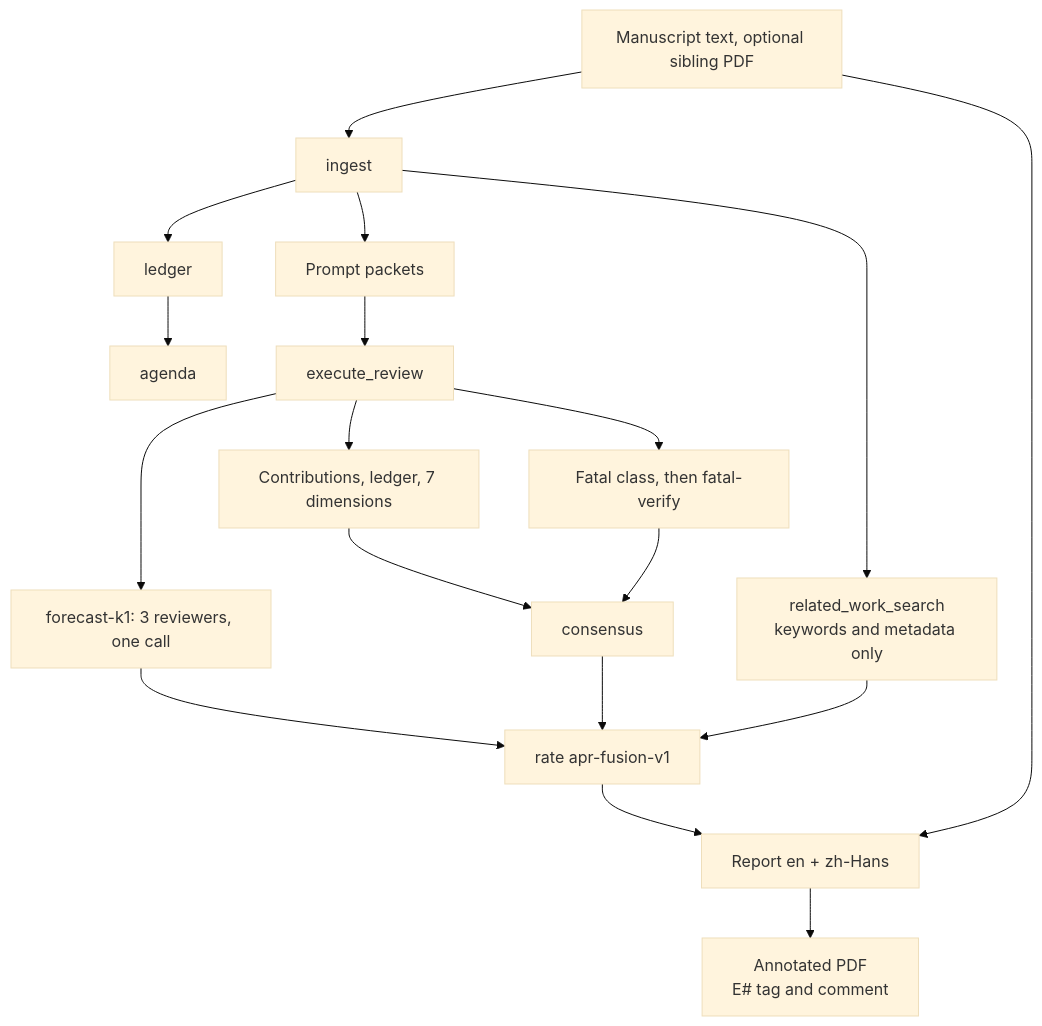
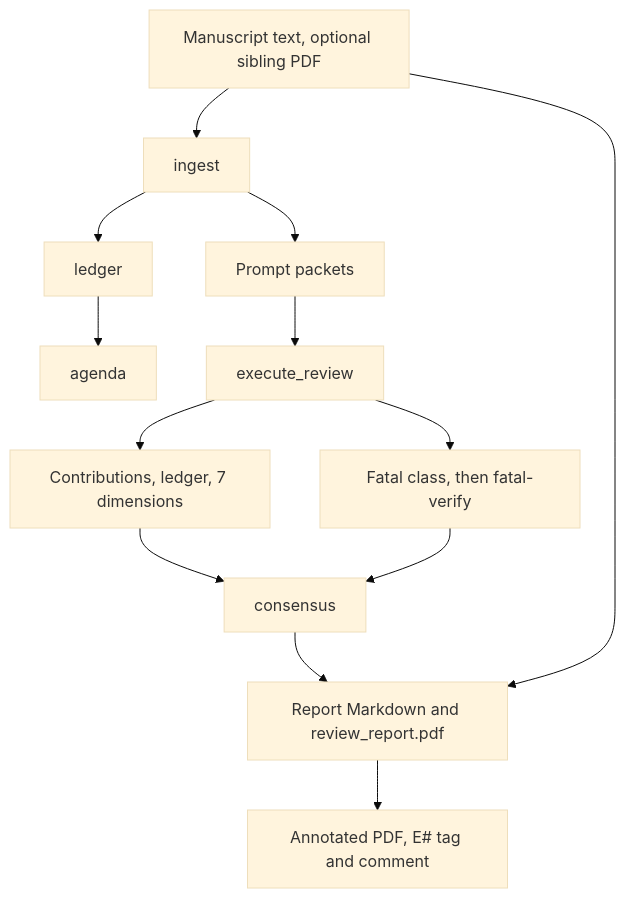
Before and after one commit to XR-Lee/AutoPaperReview: the diagram in README.md, drawn with Mermaid (base theme). The commit also changed other lines of this file and 1 other file, not shown here.

First line of the commit message:
Split the README into a review guide and a benchmark track.

````diff
--- a/README.md
+++ b/README.md
@@ -254,19 +199,14 @@
 ```mermaid
 flowchart TD
   src["Manuscript text, optional sibling PDF"] --> ingest
   ingest --> ledger --> agenda
   ingest --> packets["Prompt packets"]
   packets --> review["execute_review"]
   review --> evidence["Contributions, ledger, 7 dimensions"]
   review --> fatal["Fatal class, then fatal-verify"]
-  review --> forecast["forecast-k1: 3 reviewers, one call"]
-  ingest --> search["related_work_search<br/>keywords and metadata only"]
   evidence --> consensus
   fatal --> consensus
-  forecast --> rate["rate  apr-fusion-v1"]
-  consensus --> rate
-  search --> rate
-  rate --> report["Report  en + zh-Hans"]
+  consensus --> report["Report Markdown and review_report.pdf"]
   src --> report
-  report --> pdf["Annotated PDF<br/>E# tag and comment"]
+  report --> pdf["Annotated PDF, E# tag and comment"]
 ```
````
